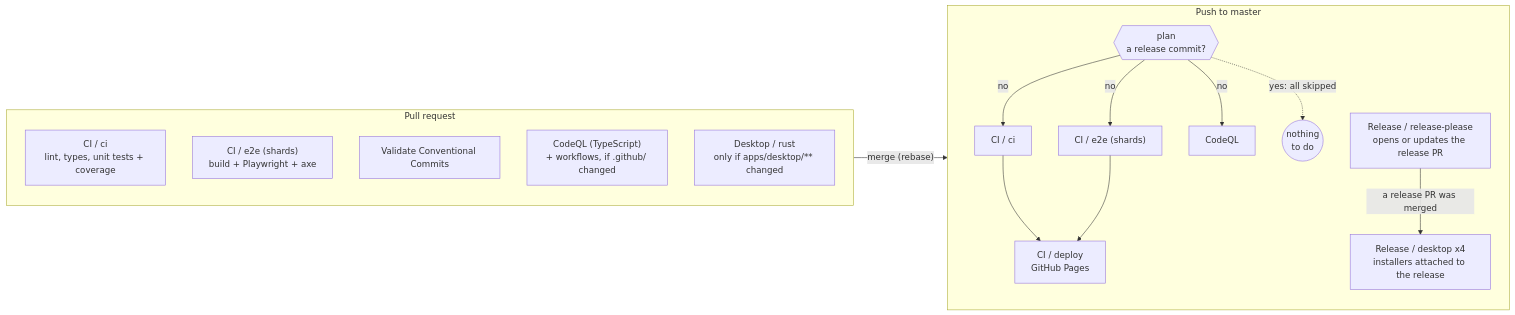
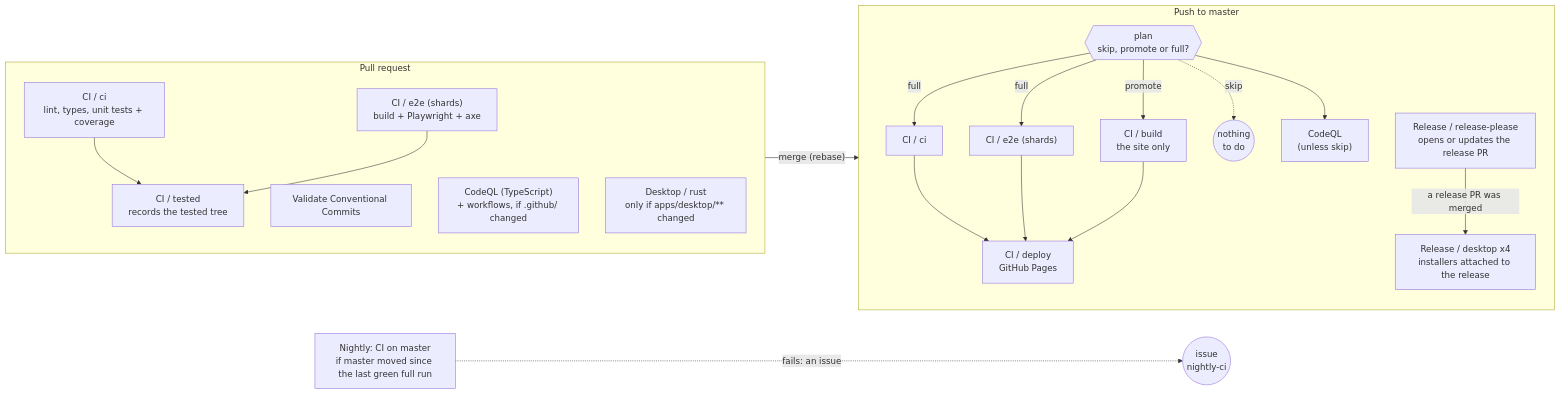
One commit to kqesar/alltp-tracker changed the first of 2 diagrams in docs/ci.md. Above: the diagram before and after it, drawn with Mermaid. The commit also changed other lines of this file and 6 other files, not shown here.

First line of the commit message:
ci: promote a tree a pull request already tested

````diff
--- a/docs/ci.md
+++ b/docs/ci.md
@@ -7,24 +7,30 @@
 ```mermaid
 flowchart LR
   subgraph PR["Pull request"]
     direction TB
     ci_pr["CI / ci<br/>lint, types, unit tests + coverage"]
     e2e_pr["CI / e2e (shards)<br/>build + Playwright + axe"]
+    rec["CI / tested<br/>records the tested tree"]
     vc["Validate Conventional Commits"]
     cq_pr["CodeQL (TypeScript)<br/>+ workflows, if .github/ changed"]
     dk_pr["Desktop / rust<br/>only if apps/desktop/** changed"]
+    ci_pr & e2e_pr --> rec
   end
   subgraph MASTER["Push to master"]
     direction TB
-    plan{{"plan<br/>a release commit?"}}
-    plan -->|no| ci_m["CI / ci"]
-    plan -->|no| e2e_m["CI / e2e (shards)"]
-    plan -->|no| cq_m["CodeQL"]
-    plan -.->|yes: all skipped| none(("nothing<br/>to do"))
+    plan{{"plan<br/>skip, promote or full?"}}
+    plan -->|full| ci_m["CI / ci"]
+    plan -->|full| e2e_m["CI / e2e (shards)"]
+    plan -->|promote| build["CI / build<br/>the site only"]
+    plan -.->|skip| none(("nothing<br/>to do"))
+    plan --> cq_m["CodeQL<br/>(unless skip)"]
     ci_m --> deploy["CI / deploy<br/>GitHub Pages"]
     e2e_m --> deploy
+    build --> deploy
     rp["Release / release-please<br/>opens or updates the release PR"]
     rp -->|a release PR was merged| inst["Release / desktop x4<br/>installers attached to the release"]
   end
+  nightly["Nightly: CI on master<br/>if master moved since the last green full run"]
   PR -->|"merge (rebase)"| MASTER
+  nightly -. "fails: an issue" .-> issue(("issue<br/>nightly-ci"))
 ```
````
